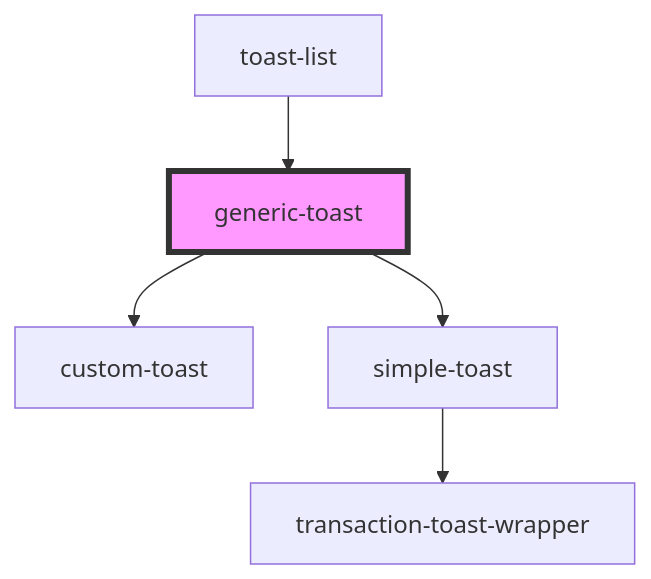
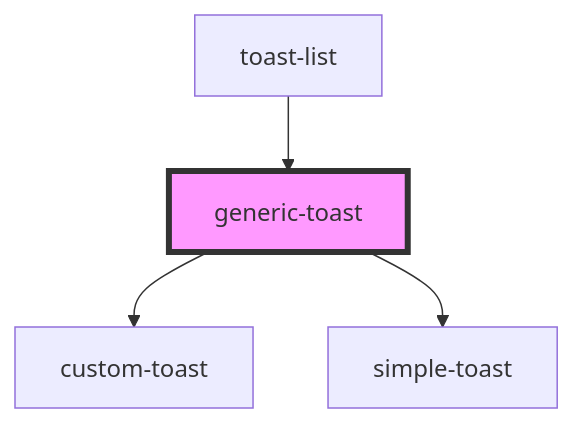
The diagram in src/components/functional/toasts-list/components/custom-toast/readme.md (multiversx/mx-sdk-dapp-ui), drawn with Mermaid before and after one commit. The commit also changed other lines of this file and 29 other files, not shown here.

````diff
--- a/src/components/functional/toasts-list/components/custom-toast/readme.md
+++ b/src/components/functional/toasts-list/components/custom-toast/readme.md
@@ -34,8 +34,7 @@
 ```mermaid
 graph TD;
   generic-toast --> custom-toast
   generic-toast --> simple-toast
-  simple-toast --> transaction-toast-wrapper
   toast-list --> generic-toast
   style generic-toast fill:#f9f,stroke:#333,stroke-width:4px
 ```
````
